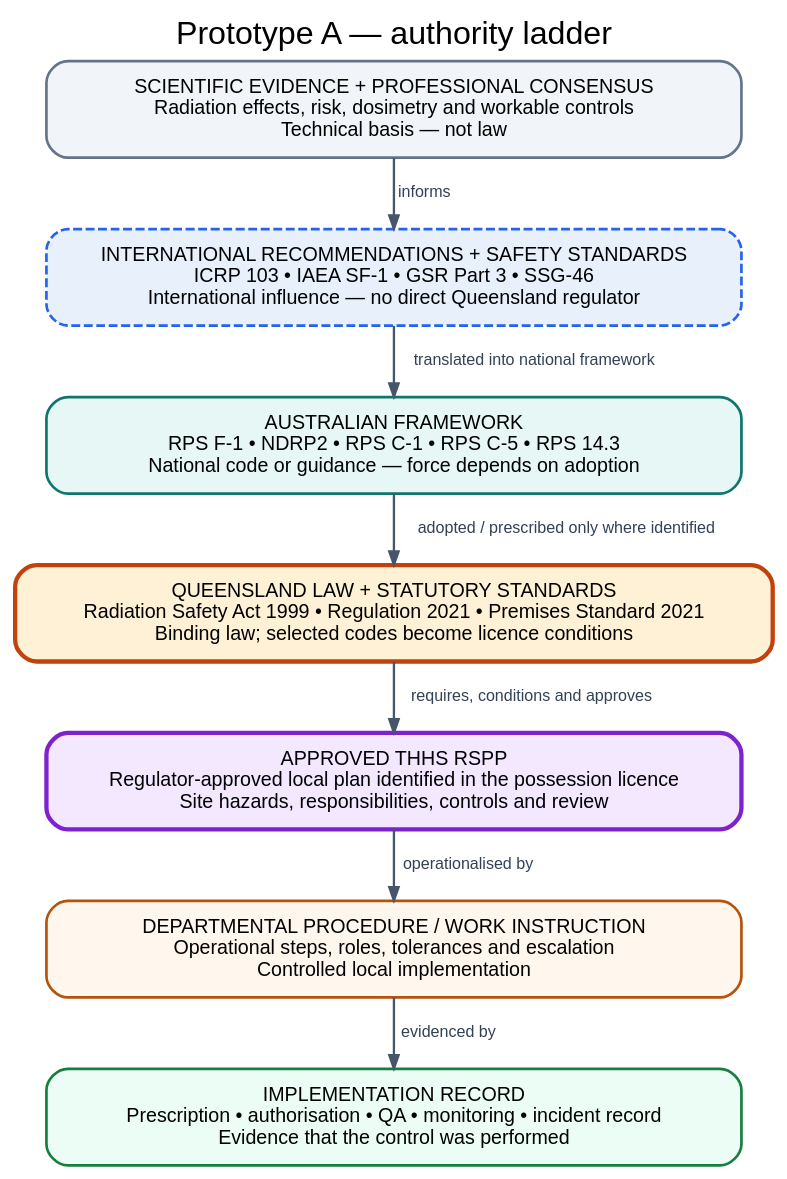
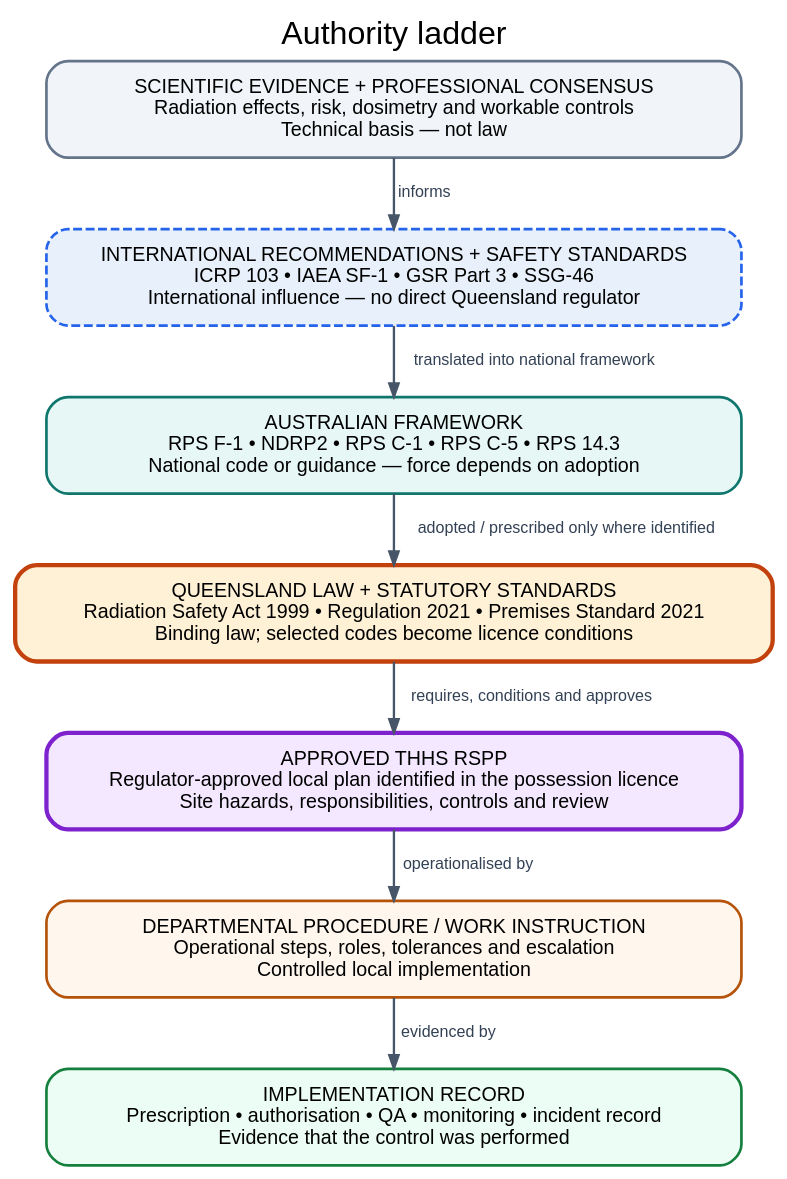
The diagram in figures/authority-ladder.dot (ashgillman/TEAP-Topic-2.1), drawn with Graphviz before and after one commit. The commit also changed 4 other files, not shown here.

```diff
--- a/figures/authority-ladder.dot
+++ b/figures/authority-ladder.dot
@@ -1,85 +1,85 @@
 digraph authority_ladder {
   graph [
     rankdir=TB,
     bgcolor="transparent",
     pad=0.25,
     nodesep=0.18,
     ranksep=0.42,
     splines=polyline,
     fontname="Helvetica",
-    label="Prototype A — authority ladder",
+    label="Authority ladder",
     labelloc=t,
     fontsize=18
   ];
 
   node [
     shape=box,
     style="rounded,filled",
     fontname="Helvetica",
     fontsize=11,
     margin="0.20,0.12",
     width=5.4,
     penwidth=1.5
   ];
 
   edge [
     color="#475569",
     fontcolor="#334155",
     fontname="Helvetica",
     fontsize=9,
     arrowsize=0.75,
     penwidth=1.3
   ];
 
   evidence [
     label="SCIENTIFIC EVIDENCE + PROFESSIONAL CONSENSUS\nRadiation effects, risk, dosimetry and workable controls\nTechnical basis — not law",
     fillcolor="#F1F5F9",
     color="#64748B"
   ];
 
   international [
     label="INTERNATIONAL RECOMMENDATIONS + SAFETY STANDARDS\nICRP 103 • IAEA SF-1 • GSR Part 3 • SSG-46\nInternational influence — no direct Queensland regulator",
     fillcolor="#E8F1FB",
     color="#2563EB",
     style="rounded,filled,dashed"
   ];
 
   australia [
     label="AUSTRALIAN FRAMEWORK\nRPS F-1 • NDRP2 • RPS C-1 • RPS C-5 • RPS 14.3\nNational code or guidance — force depends on adoption",
     fillcolor="#E6F7F5",
     color="#0F766E"
   ];
 
   queensland [
     label="QUEENSLAND LAW + STATUTORY STANDARDS\nRadiation Safety Act 1999 • Regulation 2021 • Premises Standard 2021\nBinding law; selected codes become licence conditions",
     fillcolor="#FFF1D6",
     color="#C2410C",
     penwidth=2.4
   ];
 
   rspp [
     label="APPROVED THHS RSPP\nRegulator-approved local plan identified in the possession licence\nSite hazards, responsibilities, controls and review",
     fillcolor="#F3E8FF",
     color="#7E22CE",
     penwidth=2.4
   ];
 
   procedure [
     label="DEPARTMENTAL PROCEDURE / WORK INSTRUCTION\nOperational steps, roles, tolerances and escalation\nControlled local implementation",
     fillcolor="#FFF7ED",
     color="#B45309"
   ];
 
   record [
     label="IMPLEMENTATION RECORD\nPrescription • authorisation • QA • monitoring • incident record\nEvidence that the control was performed",
     fillcolor="#ECFDF5",
     color="#15803D"
   ];
 
   evidence -> international [label="informs"];
   international -> australia [label="translated into national framework"];
   australia -> queensland [label="adopted / prescribed only where identified"];
   queensland -> rspp [label="requires, conditions and approves"];
   rspp -> procedure [label="operationalised by"];
   procedure -> record [label="evidenced by"];
 }
```
